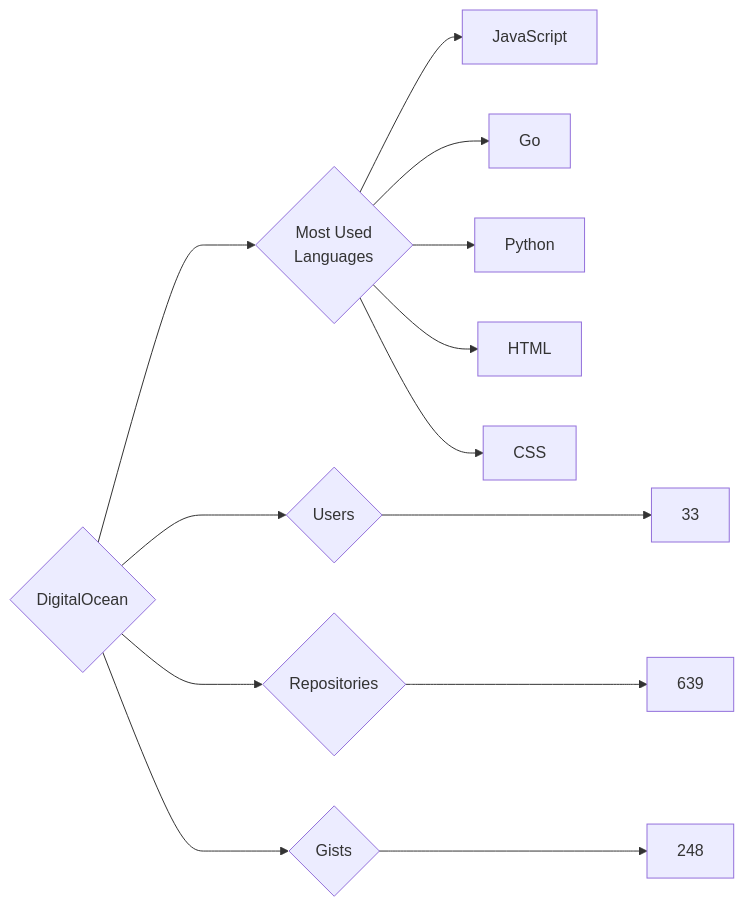
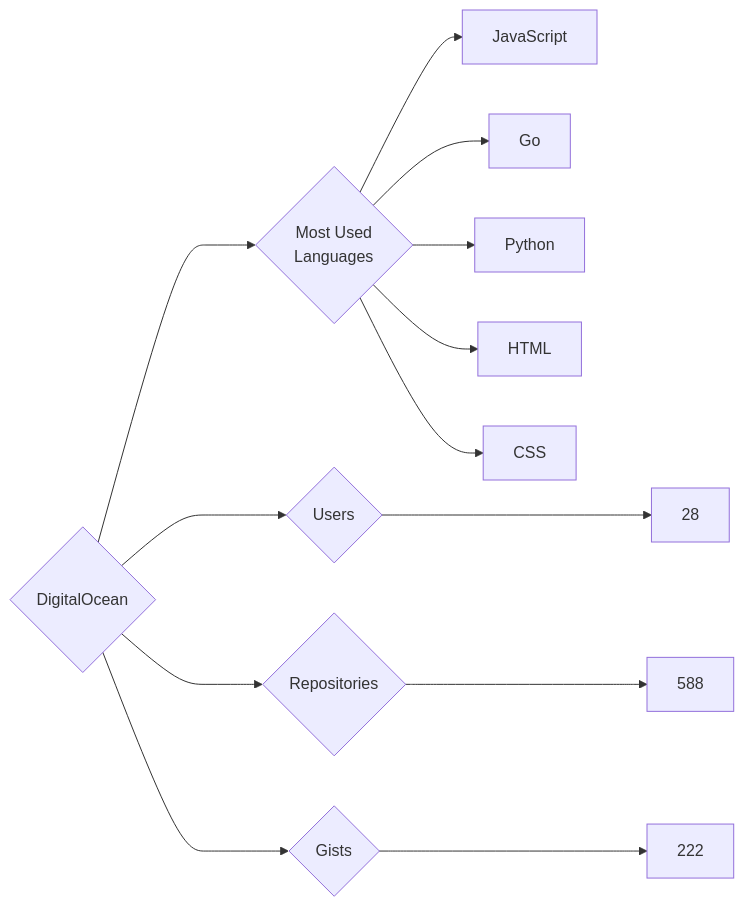
One commit to trickest/insiders changed the diagram in targets/DigitalOcean/README.md. Above: the diagram before and after it, drawn with Mermaid. The commit also changed 870 other files, not shown here.

````diff
--- a/targets/DigitalOcean/README.md
+++ b/targets/DigitalOcean/README.md
@@ -3,13 +3,13 @@
 ```mermaid
 graph LR
 COMPANY_NAME{DigitalOcean}
-COMPANY_NAME ---> U{Users} ---> UN[33]
-COMPANY_NAME ---> R{Repositories} ---> RN[639]
-COMPANY_NAME ---> G{Gists} ---> GN[248]
+COMPANY_NAME ---> U{Users} ---> UN[28]
+COMPANY_NAME ---> R{Repositories} ---> RN[588]
+COMPANY_NAME ---> G{Gists} ---> GN[222]
 COMPANY_NAME ---> ML{Most Used<br>Languages}
 ML --> JavaScript[JavaScript]
 ML --> Go[Go]
 ML --> Python[Python]
 ML --> HTML[HTML]
 ML --> CSS[CSS]
 ```
````
